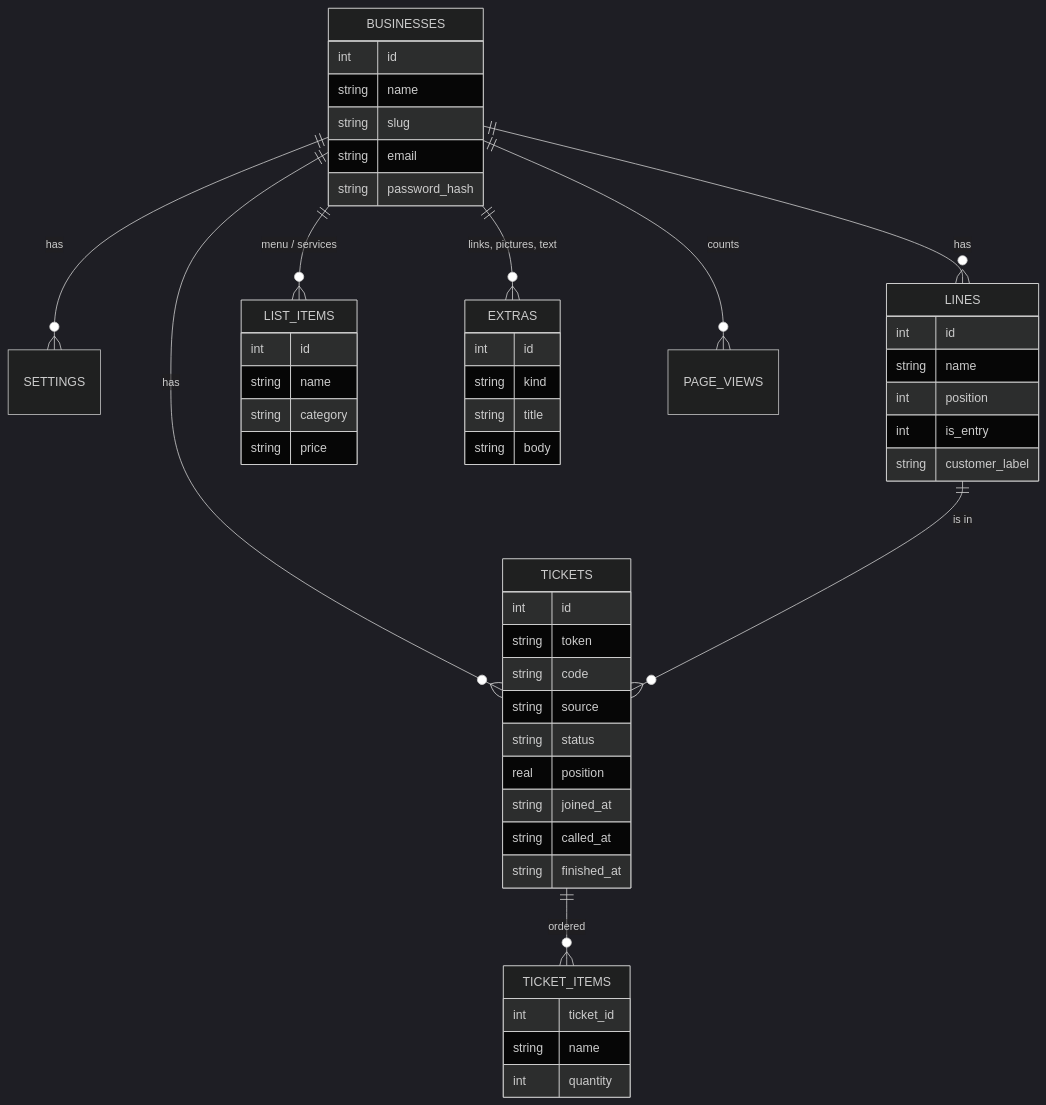
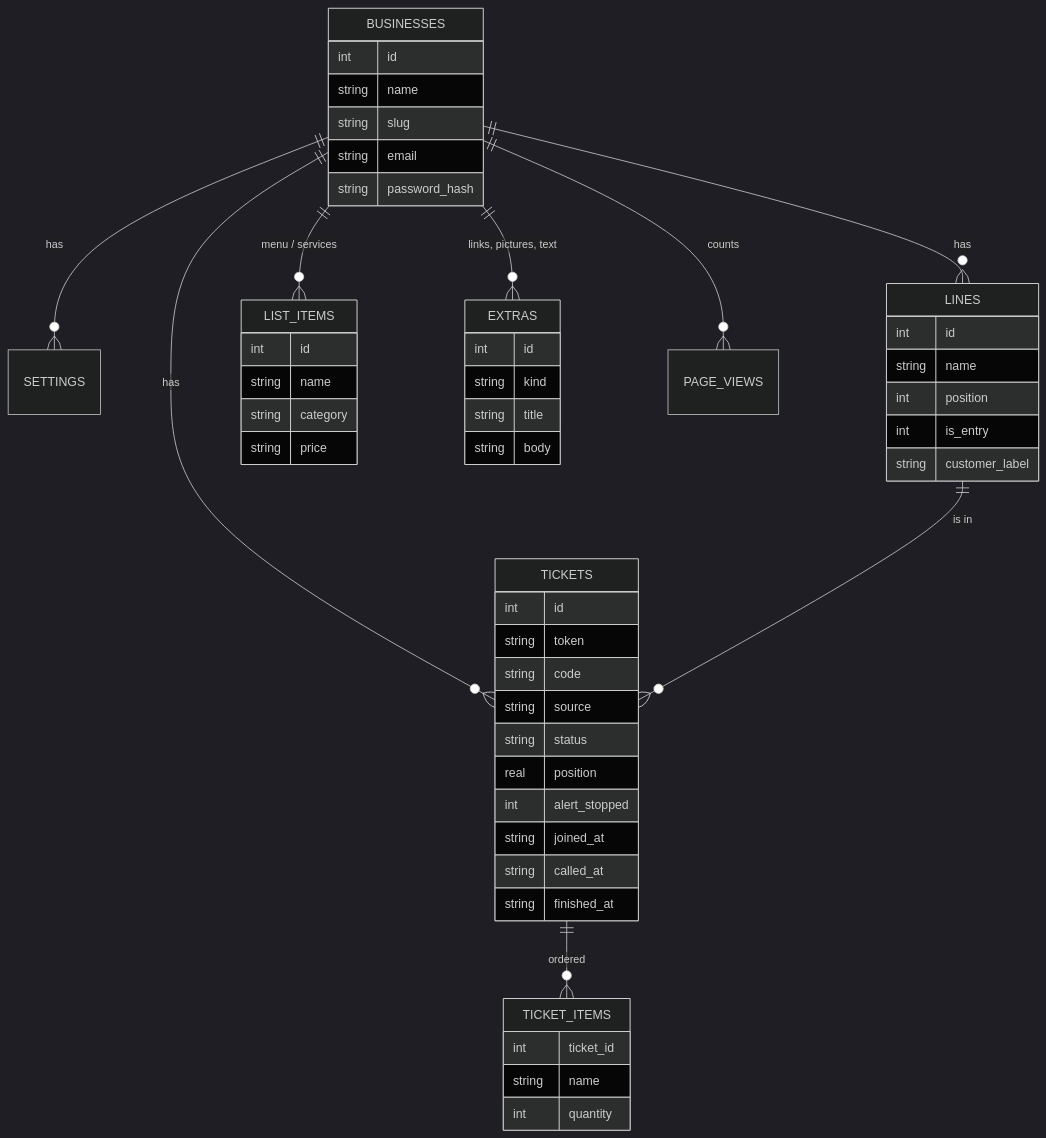
One commit to unwacko/dashQ_deployed changed the third of 11 diagrams in dashQ_how_it_works.md. Above: the diagram before and after it, drawn with Mermaid (dark theme). The commit also changed other lines of this file and 60 other files, not shown here.

````diff
--- a/dashQ_how_it_works.md
+++ b/dashQ_how_it_works.md
@@ -164,54 +199,55 @@
 ```mermaid
 erDiagram
     BUSINESSES ||--o{ SETTINGS : has
     BUSINESSES ||--o{ LINES : has
     BUSINESSES ||--o{ LIST_ITEMS : "menu / services"
     BUSINESSES ||--o{ EXTRAS : "links, pictures, text"
     BUSINESSES ||--o{ TICKETS : has
     LINES ||--o{ TICKETS : "is in"
     TICKETS ||--o{ TICKET_ITEMS : "ordered"
     BUSINESSES ||--o{ PAGE_VIEWS : counts
 
     BUSINESSES {
         int id
         string name
         string slug
         string email
         string password_hash
     }
     LINES {
         int id
         string name
         int position
         int is_entry
         string customer_label
     }
     TICKETS {
         int id
         string token
         string code
         string source
         string status
         real position
+        int alert_stopped
         string joined_at
         string called_at
         string finished_at
     }
     TICKET_ITEMS {
         int ticket_id
         string name
         int quantity
     }
     LIST_ITEMS {
         int id
         string name
         string category
         string price
     }
     EXTRAS {
         int id
         string kind
         string title
         string body
     }
 ```
````
